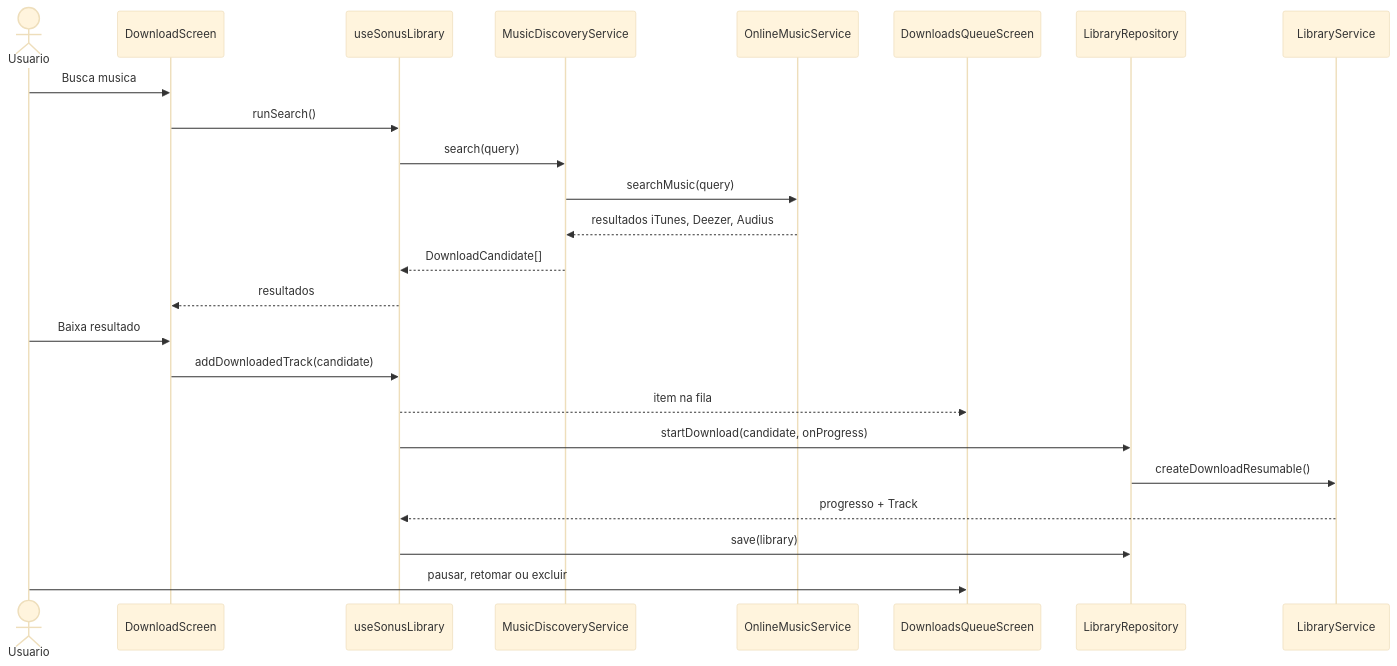
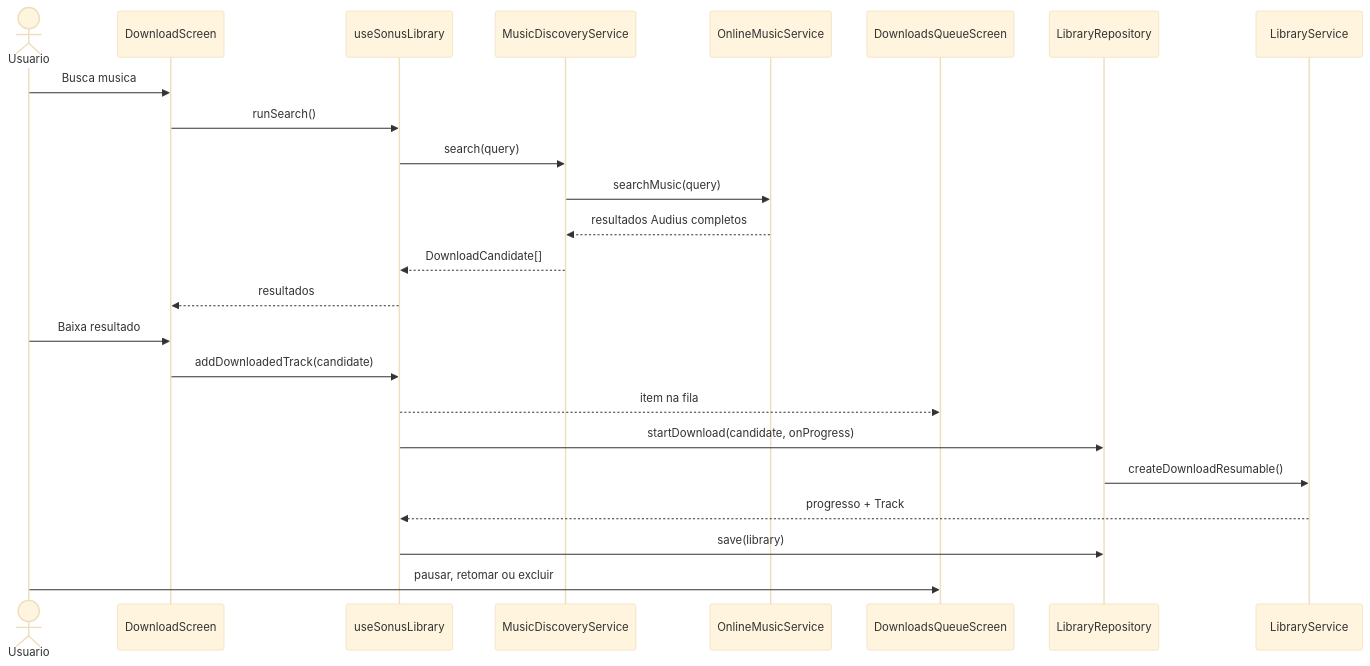
One commit to ricardosb25/Sonus changed the second of 6 diagrams in docs/DIAGRAMS.md. Above: the diagram before and after it, drawn with Mermaid (base theme). The commit also changed 12 other files, not shown here.

````diff
--- a/docs/DIAGRAMS.md
+++ b/docs/DIAGRAMS.md
@@ -23,27 +23,27 @@
 ```mermaid
 sequenceDiagram
   actor User as Usuario
   participant Screen as DownloadScreen
   participant Hook as useSonusLibrary
   participant Discovery as MusicDiscoveryService
   participant Online as OnlineMusicService
   participant Queue as DownloadsQueueScreen
   participant Repo as LibraryRepository
   participant Storage as LibraryService
 
   User->>Screen: Busca musica
   Screen->>Hook: runSearch()
   Hook->>Discovery: search(query)
   Discovery->>Online: searchMusic(query)
-  Online-->>Discovery: resultados iTunes, Deezer, Audius
+  Online-->>Discovery: resultados Audius completos
   Discovery-->>Hook: DownloadCandidate[]
   Hook-->>Screen: resultados
   User->>Screen: Baixa resultado
   Screen->>Hook: addDownloadedTrack(candidate)
   Hook-->>Queue: item na fila
   Hook->>Repo: startDownload(candidate, onProgress)
   Repo->>Storage: createDownloadResumable()
   Storage-->>Hook: progresso + Track
   Hook->>Repo: save(library)
   User->>Queue: pausar, retomar ou excluir
 ```
````
